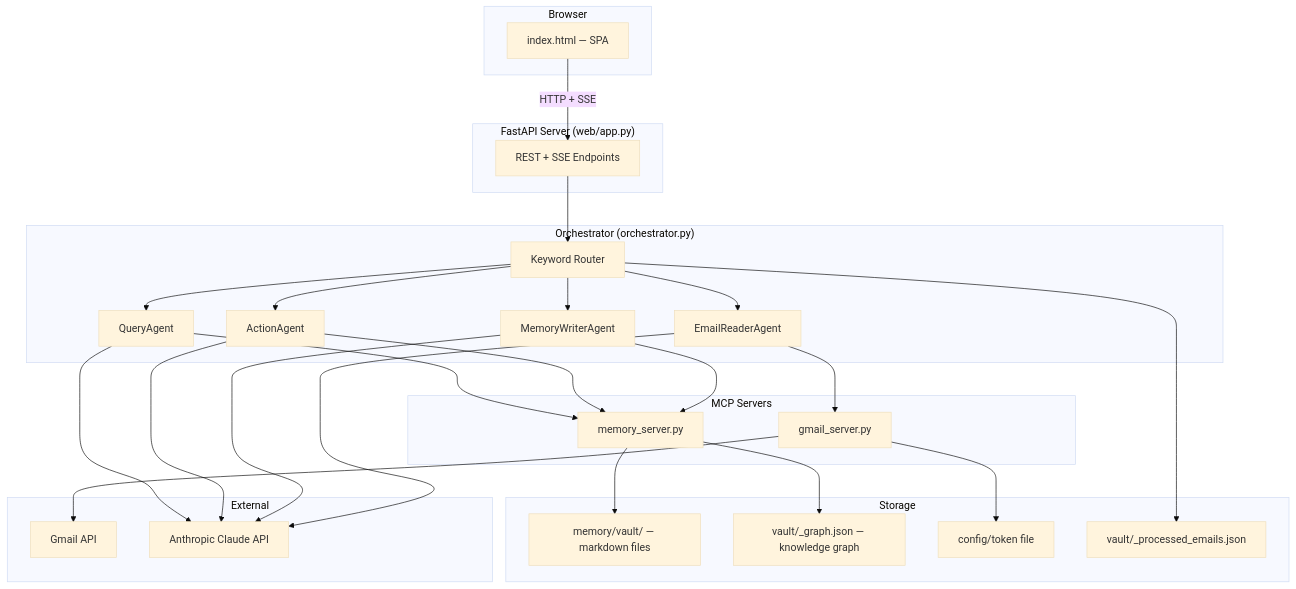
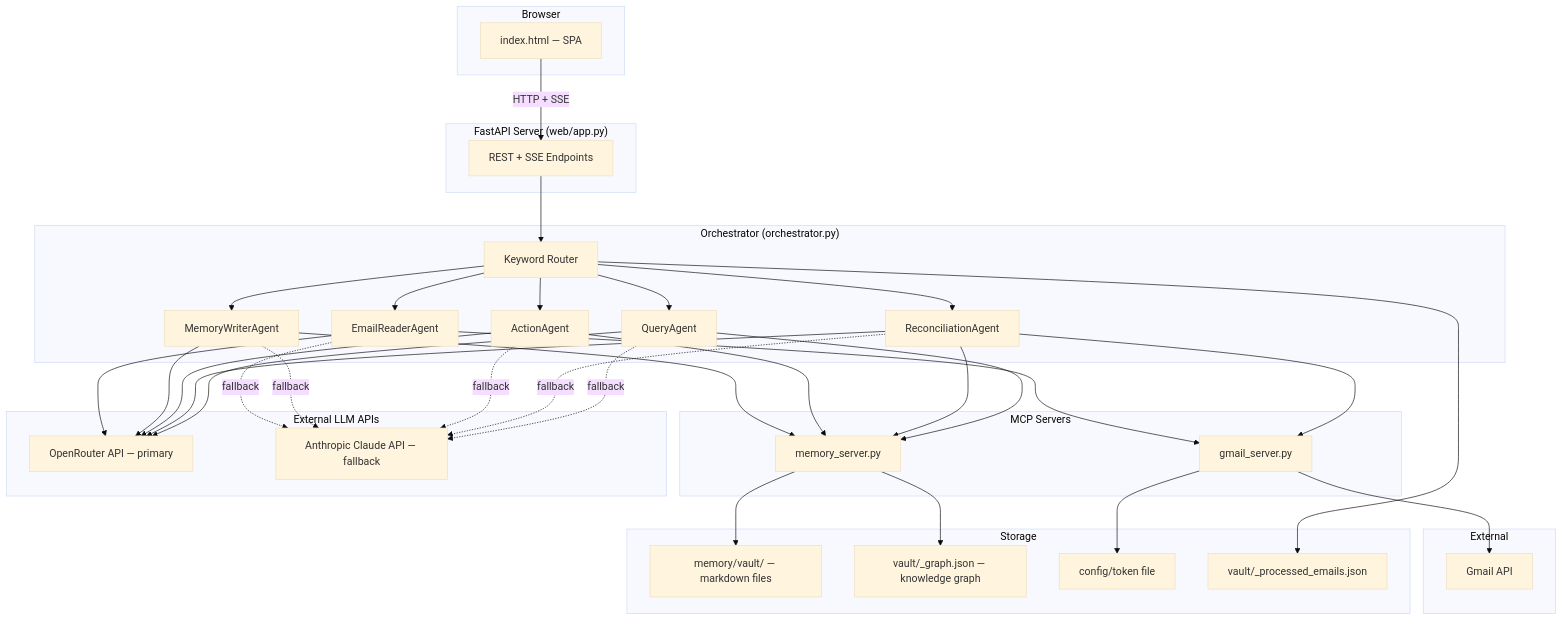
Before and after one commit to ifeanyi-okafor/email-memory-agent: the diagram in docs/architecture-overview.md, drawn with Mermaid (base theme). The commit also changed other lines of this file and 8 other files, not shown here.

First line of the commit message:
docs: update all living docs for ReconciliationAgent and action status feature

````diff
--- a/docs/architecture-overview.md
+++ b/docs/architecture-overview.md
@@ -5,55 +5,69 @@
 ```mermaid
 graph TB
     subgraph Browser
         UI[index.html — SPA]
     end
 
     subgraph "FastAPI Server (web/app.py)"
         API[REST + SSE Endpoints]
     end
 
     subgraph "Orchestrator (orchestrator.py)"
         Router[Keyword Router]
         ER[EmailReaderAgent]
         MW[MemoryWriterAgent]
         AA[ActionAgent]
+        RA[ReconciliationAgent]
         QA[QueryAgent]
     end
 
     subgraph "MCP Servers"
         GS[gmail_server.py]
         MS[memory_server.py]
     end
 
+    subgraph "External LLM APIs"
+        OR[OpenRouter API — primary]
+        Claude[Anthropic Claude API — fallback]
+    end
+
     subgraph External
         Gmail[Gmail API]
-        Claude[Anthropic Claude API]
     end
 
     subgraph Storage
         Vault[memory/vault/ — markdown files]
         Graph[vault/_graph.json — knowledge graph]
         Token[config/token file]
         Processed[vault/_processed_emails.json]
     end
 
     UI -->|HTTP + SSE| API
     API --> Router
     Router --> ER
     Router --> MW
     Router --> AA
+    Router --> RA
     Router --> QA
     ER --> GS
-    ER --> Claude
+    ER --> OR
+    ER -.->|fallback| Claude
     MW --> MS
-    MW --> Claude
+    MW --> OR
+    MW -.->|fallback| Claude
     AA --> MS
-    AA --> Claude
+    AA --> OR
+    AA -.->|fallback| Claude
+    RA --> MS
+    RA --> GS
+    RA --> OR
+    RA -.->|fallback| Claude
     QA --> MS
-    QA --> Claude
+    QA --> OR
+    QA -.->|fallback| Claude
     GS --> Gmail
     MS --> Vault
     MS --> Graph
     GS --> Token
     Router --> Processed
 ```
````
